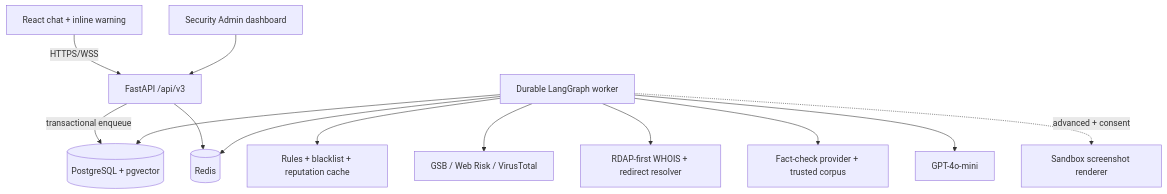
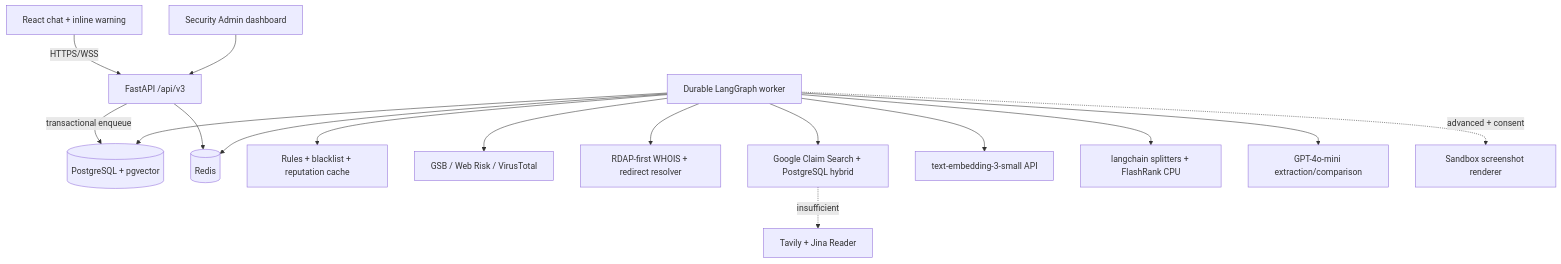
The third of 5 diagrams in docs/01-ARCHITECTURE.md (Binhdn04/TrustGuard-AI), drawn with Mermaid before and after one commit. The commit also changed other lines of this file and 15 other files, not shown here.

````diff
--- a/docs/01-ARCHITECTURE.md
+++ b/docs/01-ARCHITECTURE.md
@@ -195,15 +204,18 @@
 ```mermaid
 flowchart TB
     Web["React chat + inline warning"] -->|HTTPS/WSS| API[FastAPI /api/v3]
     Admin["Security Admin dashboard"] --> API
     API -->|transactional enqueue| DB[(PostgreSQL + pgvector)]
     API --> Redis[(Redis)]
     Worker[Durable LangGraph worker] --> DB
     Worker --> Redis
     Worker --> Local[Rules + blacklist + reputation cache]
     Worker --> Reputation[GSB / Web Risk / VirusTotal]
     Worker --> Domain[RDAP-first WHOIS + redirect resolver]
-    Worker --> Facts[Fact-check provider + trusted corpus]
-    Worker --> LLM[GPT-4o-mini]
+    Worker --> Facts[Google Claim Search + PostgreSQL hybrid]
+    Facts -. insufficient .-> WebEvidence[Tavily + Jina Reader]
+    Worker --> Embed[text-embedding-3-small API]
+    Worker --> Rerank[langchain splitters + FlashRank CPU]
+    Worker --> LLM[GPT-4o-mini extraction/comparison]
     Worker -. advanced + consent .-> Screenshot[Sandbox screenshot renderer]
 ```
````
